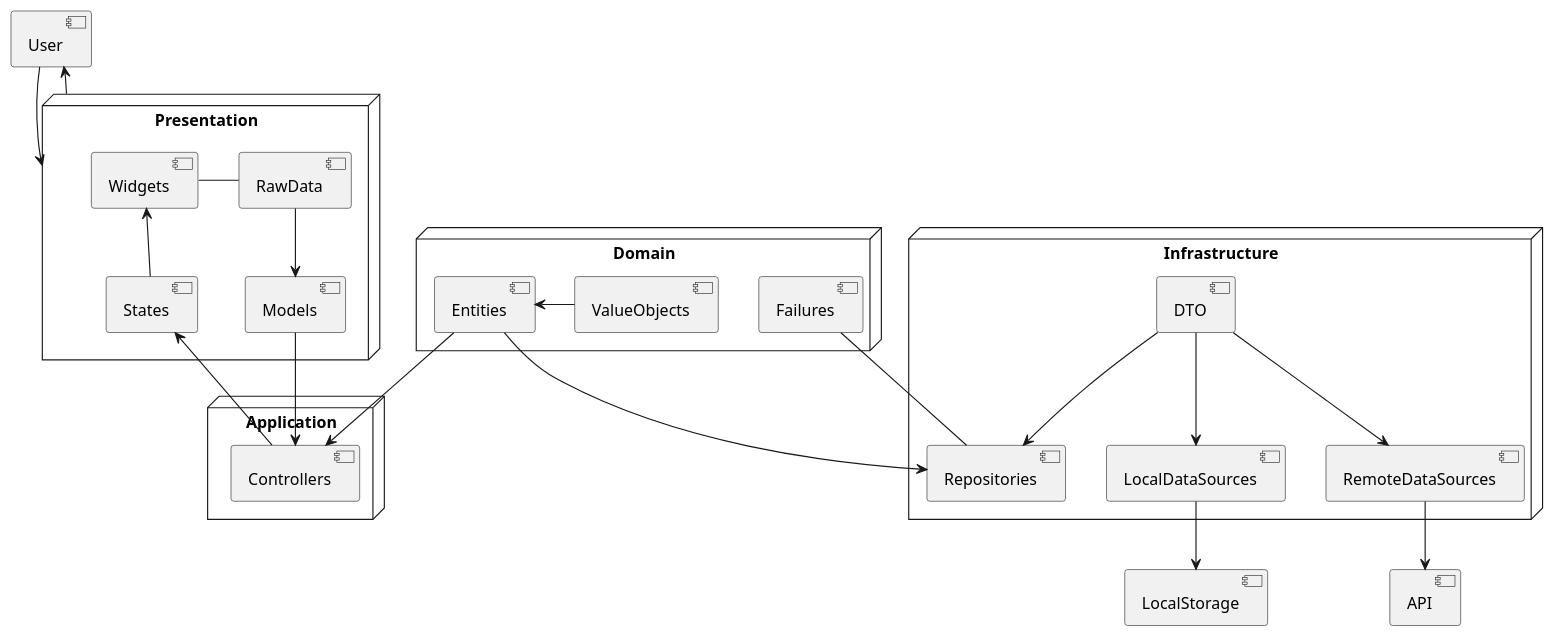
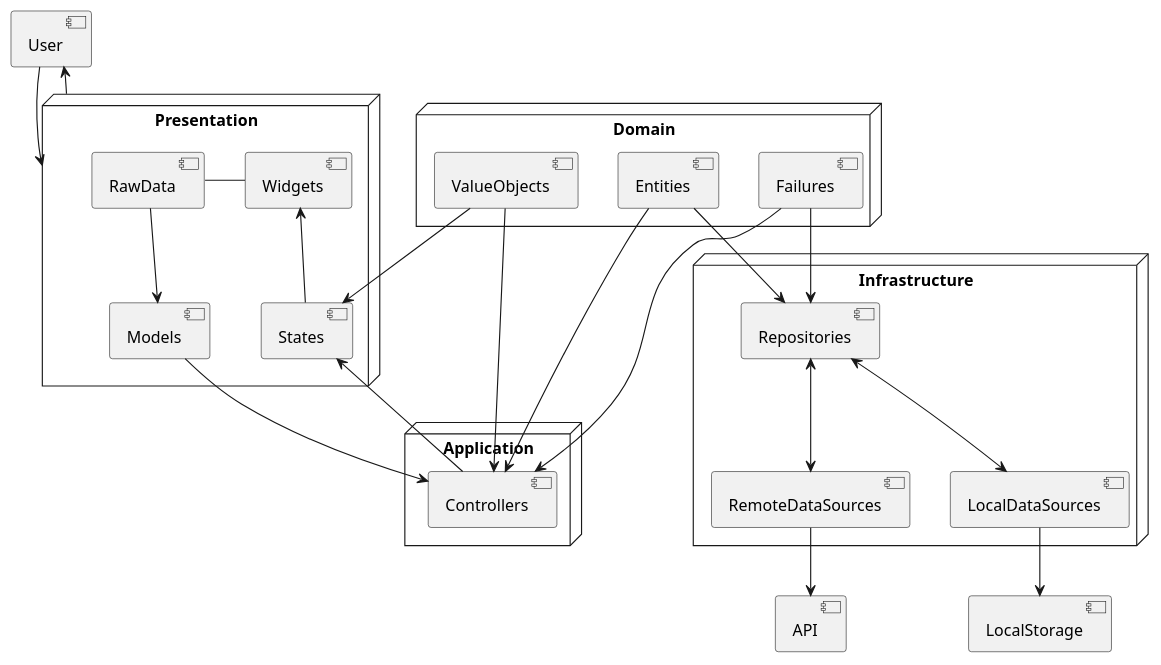
The diagram in frontend/flutter/diagrams/architexture.puml (fabbo-repo/balance-home-app), drawn with PlantUML before and after one commit. The commit also changed 95 other files, not shown here.

```diff
--- a/frontend/flutter/diagrams/architexture.puml
+++ b/frontend/flutter/diagrams/architexture.puml
@@ -1,55 +1,55 @@
 @startuml architecture
 
 component User
 
 User --> Presentation
 User <-- Presentation
 
 node Presentation {
     skinparam borderColor Cyan
     component Widgets
     component RawData
     Widgets - RawData
     
     component States
     component Models
 
     RawData --> Models
     Widgets <-- States
 }
 
 node Application {
     component Controllers
 
     States <-- Controllers
     Models --> Controllers
 }
 
 node Domain {
+    component ValueObjects
     component Entities
-    component ValueObjects
     component Failures
 
     Entities --> Controllers
-    Entities <- ValueObjects 
+    ValueObjects --> Controllers 
+    ValueObjects --> States
+    Failures --> Controllers 
 }
 
 node Infrastructure {
     component Repositories
-    component DTO
     component LocalDataSources
     component RemoteDataSources
 
     Entities --> Repositories
-    Failures -- Repositories 
-    DTO --> Repositories
-    DTO --> LocalDataSources
-    DTO --> RemoteDataSources
+    Failures --> Repositories
+    Repositories <--> LocalDataSources
+    Repositories <--> RemoteDataSources
 }
 
 component API
 component LocalStorage
 LocalDataSources --> LocalStorage
 RemoteDataSources --> API
 
 @enduml
```
